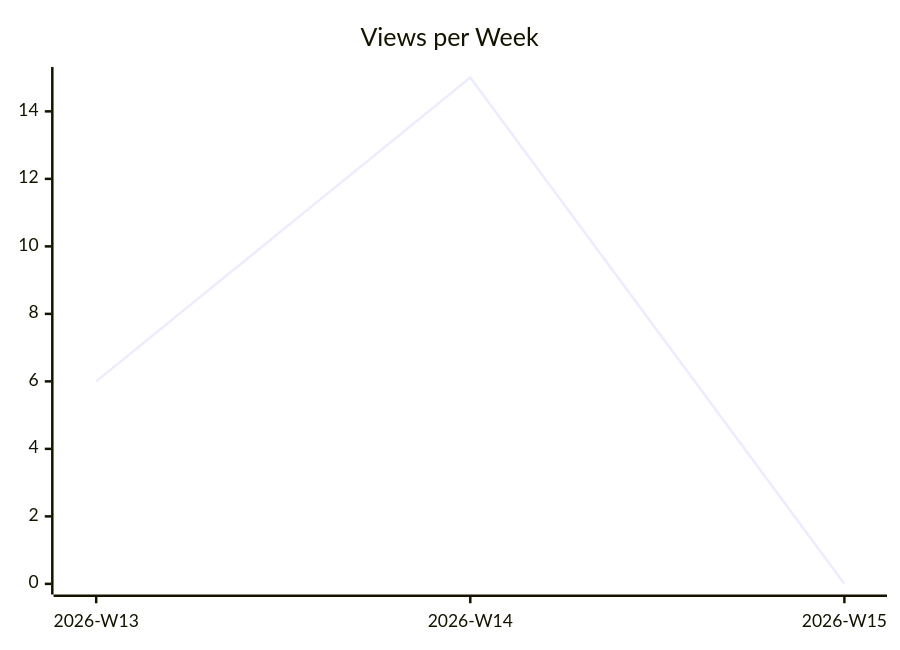
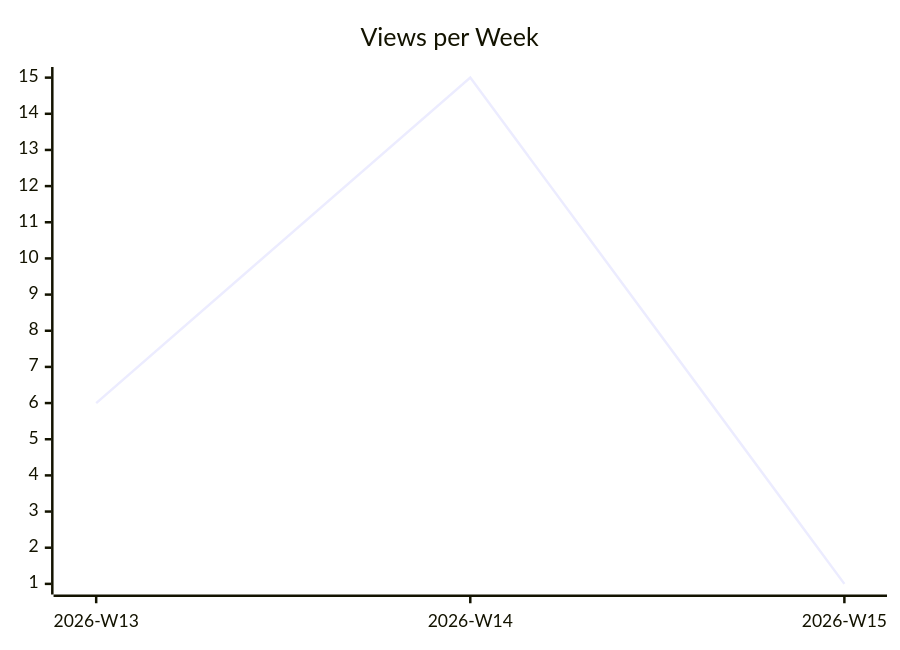
One commit to justdavis-family/github-analytics-data changed the second of 3 diagrams in karlmdavis/ksoap2-android/README.md. Above: the diagram before and after it, drawn with Mermaid. The commit also changed other lines of this file and 174 other files, not shown here.

````diff
--- a/karlmdavis/ksoap2-android/README.md
+++ b/karlmdavis/ksoap2-android/README.md
@@ -12,6 +12,6 @@
 ```mermaid
 xychart-beta
   title "Views per Week"
   x-axis ["2026-W13", "2026-W14", "2026-W15"]
-  line [6, 15, 0]
+  line [6, 15, 1]
 ```
````
